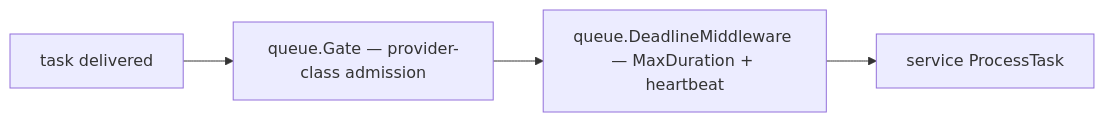
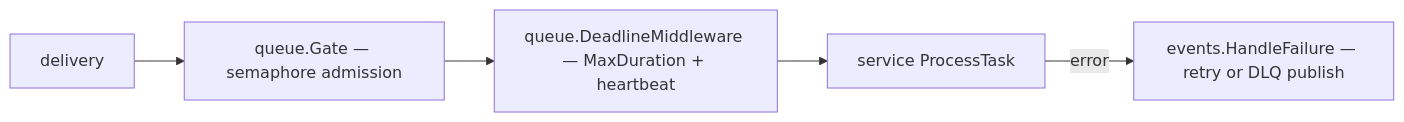
Before and after one commit to nonamecat19/job-finder: the fifth of 5 diagrams in docs/docs/architecture/composition-root.md, drawn with Mermaid. The commit also changed other lines of this file and 13 other files, not shown here.

````diff
--- a/docs/docs/architecture/composition-root.md
+++ b/docs/docs/architecture/composition-root.md
@@ -141,6 +143,7 @@
 ```mermaid
 flowchart LR
-    T["task delivered"] --> GATE["queue.Gate — provider-class admission"]
+    D["delivery"] --> GATE["queue.Gate — semaphore admission"]
     GATE --> DL["queue.DeadlineMiddleware — MaxDuration + heartbeat"]
     DL --> HANDLER["service ProcessTask"]
+    HANDLER -->|error| RETRY["events.HandleFailure — retry or DLQ publish"]
 ```
````
